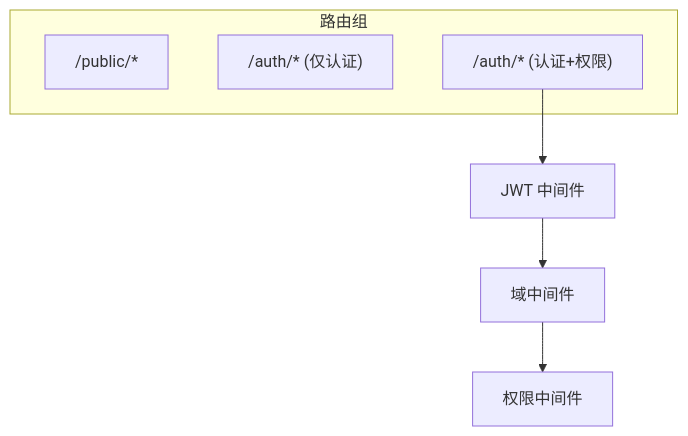
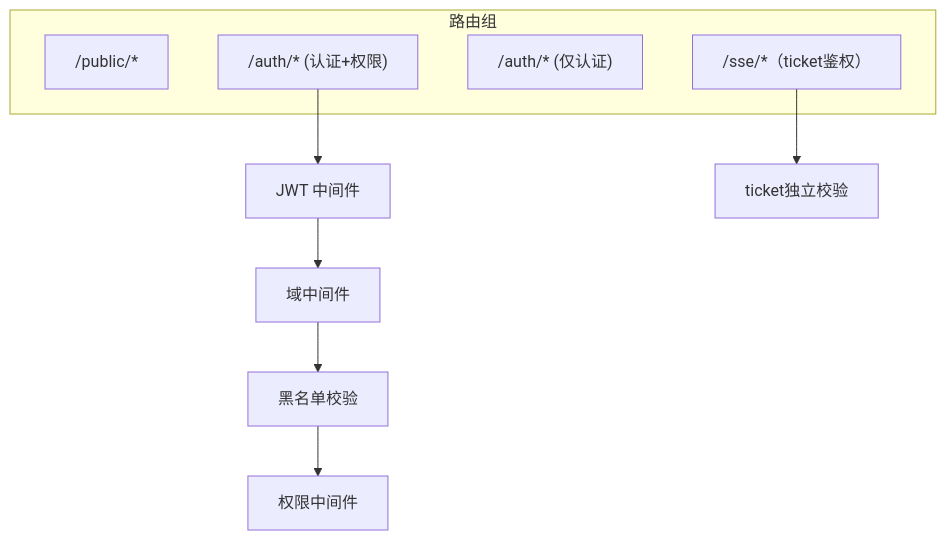
One commit to wuwuseo/e-sports-go-admin changed the seventh of 8 diagrams in .qoder/repowiki/zh/content/中间件系统/权限验证中间件.md. Above: the diagram before and after it, drawn with Mermaid. The commit also changed other lines of this file and 42 other files, not shown here.

````diff
--- a/.qoder/repowiki/zh/content/中间件系统/权限验证中间件.md
+++ b/.qoder/repowiki/zh/content/中间件系统/权限验证中间件.md
@@ -298,11 +351,14 @@
 ```mermaid
 graph TB
 subgraph "路由组"
 Public["/public/*"]
+SSE["/sse/*（ticket鉴权）"]
 AuthUser["/auth/* (仅认证)"]
 AuthPerm["/auth/* (认证+权限)"]
 end
 JWT["JWT 中间件"] --> DomainMW["域中间件"]
-DomainMW --> PermMW["权限中间件"]
+DomainMW --> BLCK["黑名单校验"]
+BLCK --> PermMW["权限中间件"]
 AuthPerm --> JWT
+SSE --> SSETicket["ticket独立校验"]
 ```
````
